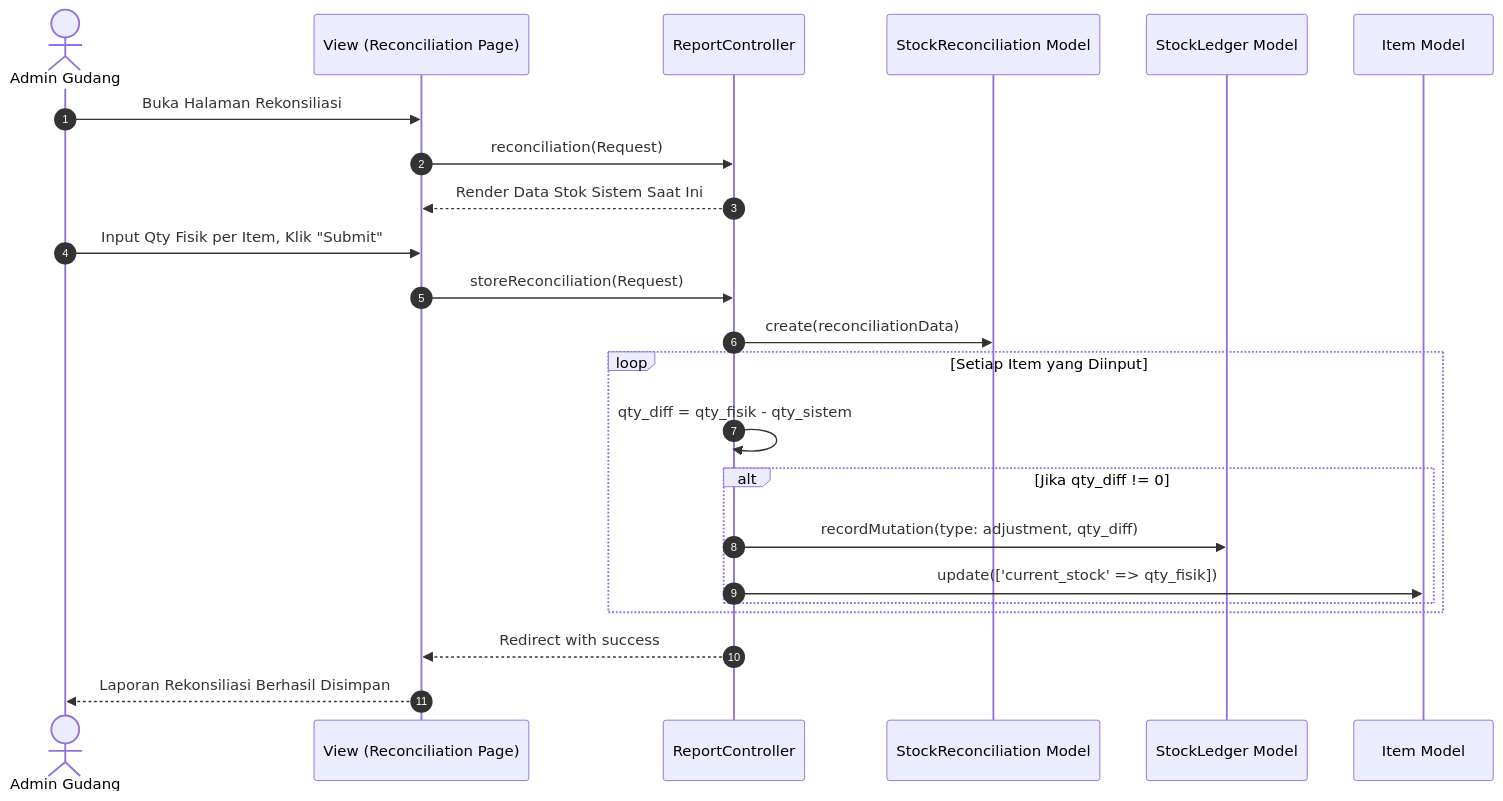
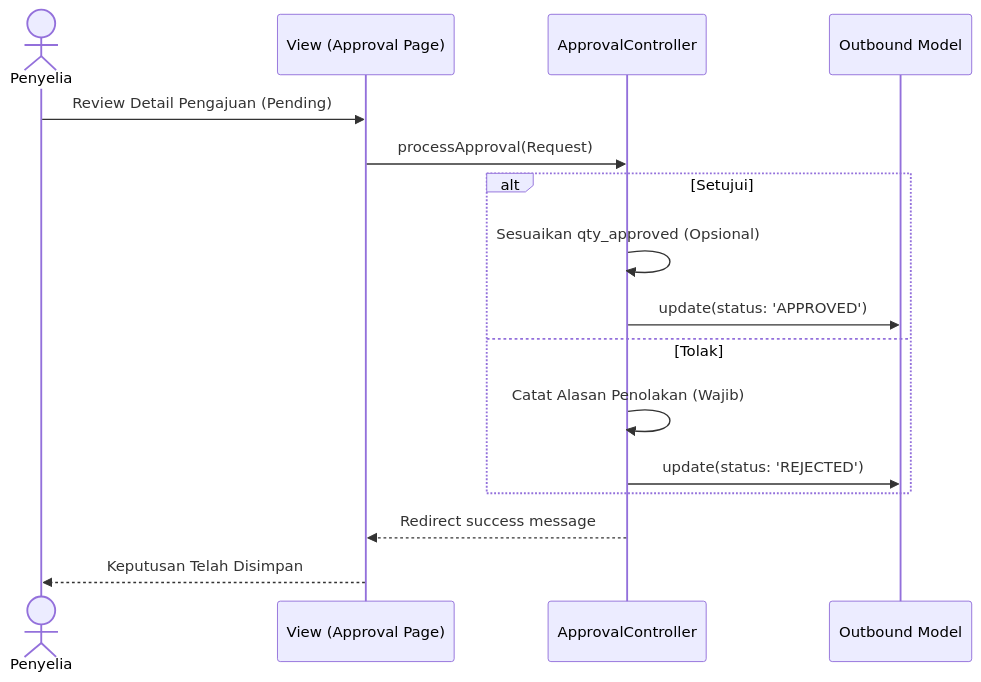
One commit to wahyu2021/SIMPATIK changed diagram 11 of 14 in laporan_sequence_diagram.md. Above: the diagram before and after it, drawn with Mermaid. The commit also changed other lines of this file and 34 other files, not shown here.

````diff
--- a/laporan_sequence_diagram.md
+++ b/laporan_sequence_diagram.md
@@ -215,30 +286,21 @@
 ```mermaid
 sequenceDiagram
-    autonumber
-    actor A as Admin Gudang
-    participant V as View (Reconciliation Page)
-    participant C as ReportController
-    participant MR as StockReconciliation Model
-    participant ML as StockLedger Model
-    participant MItem as Item Model
+    actor KD as Penyelia
+    participant V as View (Approval Page)
+    participant C as ApprovalController
+    participant M as Outbound Model
 
-    A->>V: Buka Halaman Rekonsiliasi
-    V->>C: reconciliation(Request)
-    C-->>V: Render Data Stok Sistem Saat Ini
+    KD->>V: Review Detail Pengajuan (Pending)
+    V->>C: processApproval(Request)
     
-    A->>V: Input Qty Fisik per Item, Klik "Submit"
-    V->>C: storeReconciliation(Request)
-    
-    C->>MR: create(reconciliationData)
-    
-    loop Setiap Item yang Diinput
-        C->>C: qty_diff = qty_fisik - qty_sistem
-        alt Jika qty_diff != 0
-            C->>ML: recordMutation(type: adjustment, qty_diff)
-            C->>MItem: update(['current_stock' => qty_fisik])
-        end
+    alt Setujui
+        C->>C: Sesuaikan qty_approved (Opsional)
+        C->>M: update(status: 'APPROVED')
+    else Tolak
+        C->>C: Catat Alasan Penolakan (Wajib)
+        C->>M: update(status: 'REJECTED')
     end
     
-    C-->>V: Redirect with success
-    V-->>A: Laporan Rekonsiliasi Berhasil Disimpan
+    C-->>V: Redirect success message
+    V-->>KD: Keputusan Telah Disimpan
 ```
````
